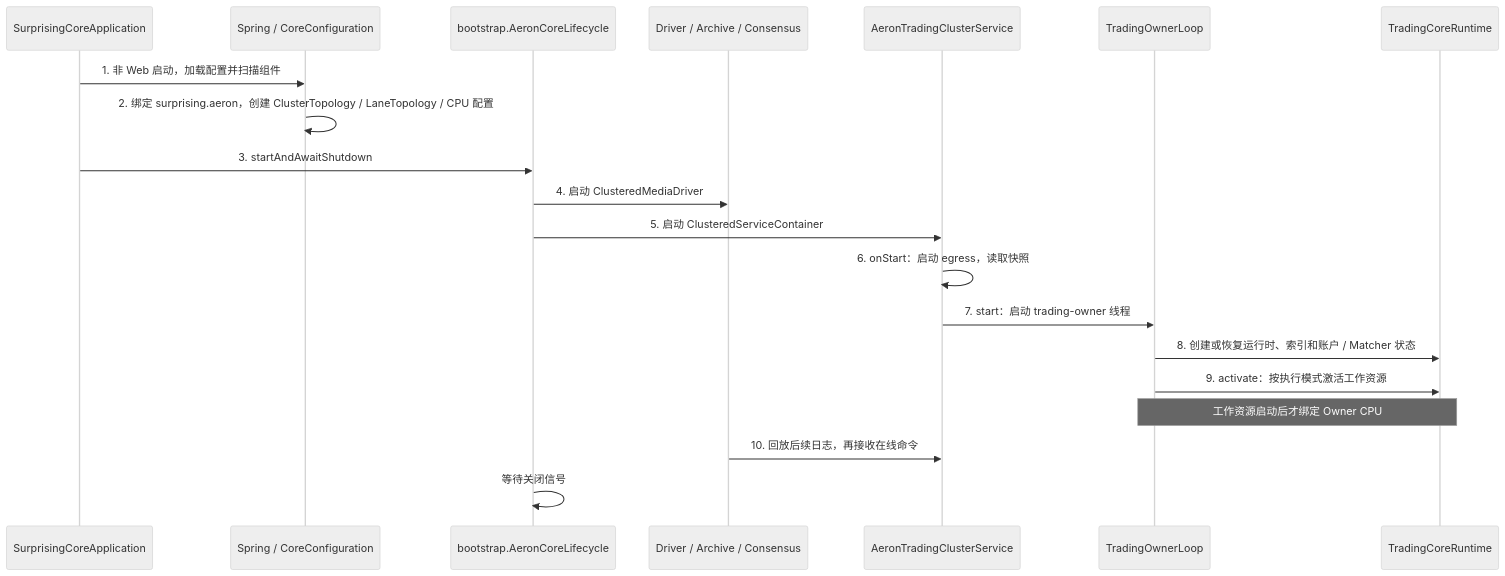
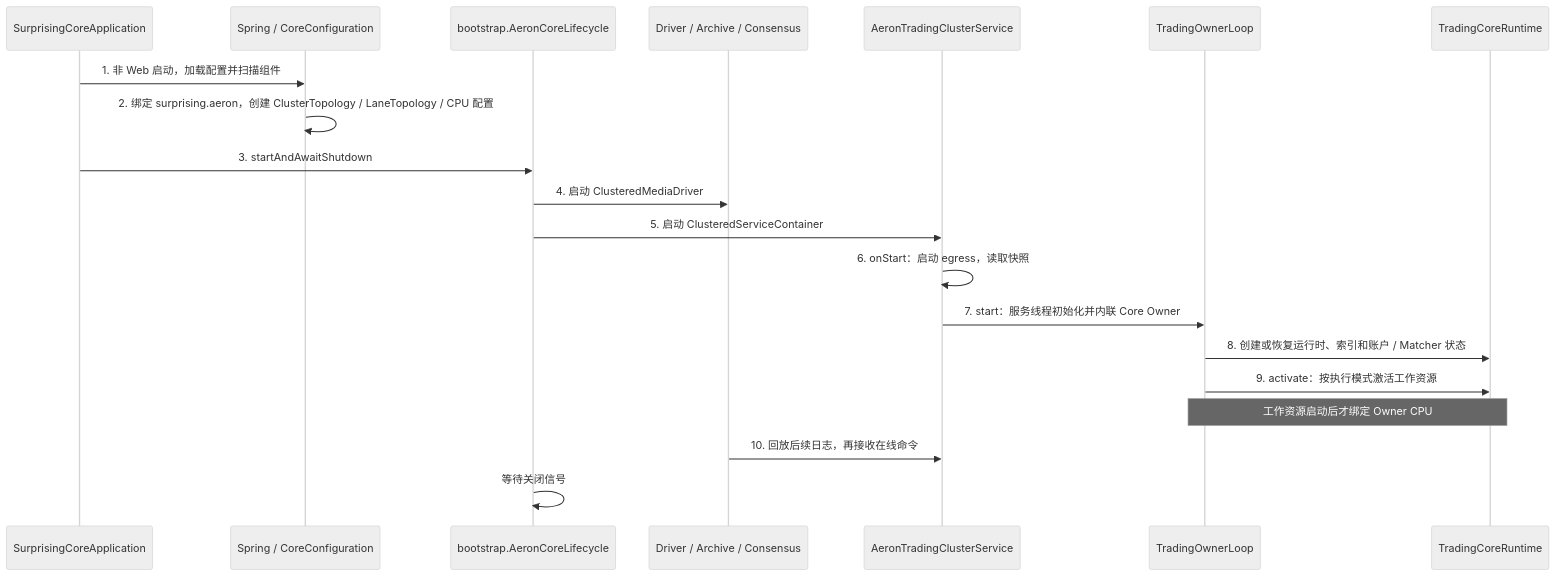
Before and after one commit to lilaizhencn/surprising-ex: the second of 12 diagrams in surprising-aeron-core/README.md, drawn with Mermaid (neutral theme). The commit also changed other lines of this file and 16 other files, not shown here.

````diff
--- a/surprising-aeron-core/README.md
+++ b/surprising-aeron-core/README.md
@@ -48,22 +48,22 @@
 ```mermaid
 sequenceDiagram
     participant Main as SurprisingCoreApplication
     participant Spring as Spring / CoreConfiguration
     participant Life as bootstrap.AeronCoreLifecycle
     participant Aeron as Driver / Archive / Consensus
     participant Service as AeronTradingClusterService
     participant Owner as TradingOwnerLoop
     participant Runtime as TradingCoreRuntime
     Main->>Spring: 1. 非 Web 启动，加载配置并扫描组件
     Spring->>Spring: 2. 绑定 surprising.aeron，创建 ClusterTopology / LaneTopology / CPU 配置
     Main->>Life: 3. startAndAwaitShutdown
     Life->>Aeron: 4. 启动 ClusteredMediaDriver
     Life->>Service: 5. 启动 ClusteredServiceContainer
     Service->>Service: 6. onStart：启动 egress，读取快照
-    Service->>Owner: 7. start：启动 trading-owner 线程
+    Service->>Owner: 7. start：服务线程初始化并内联 Core Owner
     Owner->>Runtime: 8. 创建或恢复运行时、索引和账户 / Matcher 状态
     Owner->>Runtime: 9. activate：按执行模式激活工作资源
     Note over Owner,Runtime: 工作资源启动后才绑定 Owner CPU
     Aeron->>Service: 10. 回放后续日志，再接收在线命令
     Life->>Life: 等待关闭信号
 ```
````
